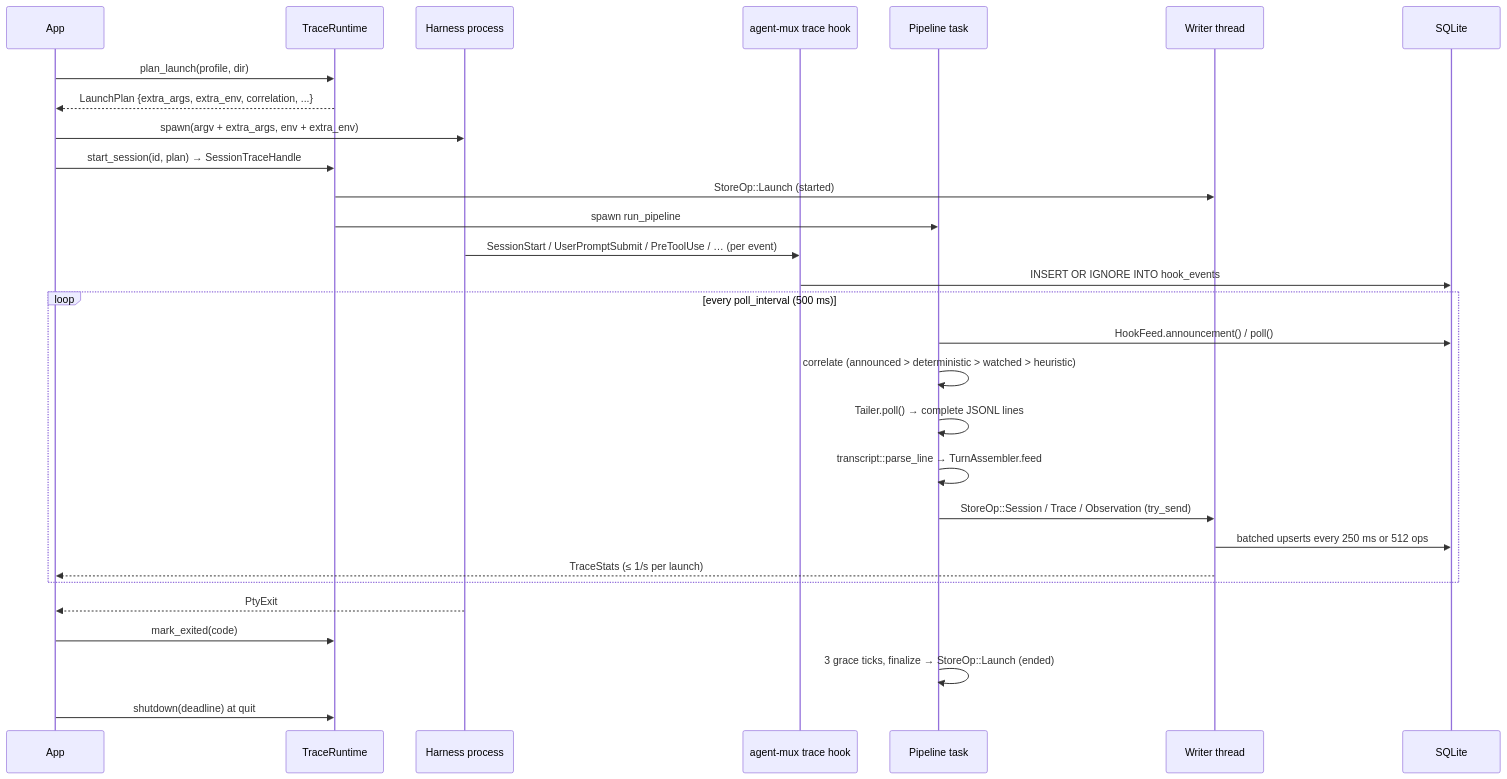
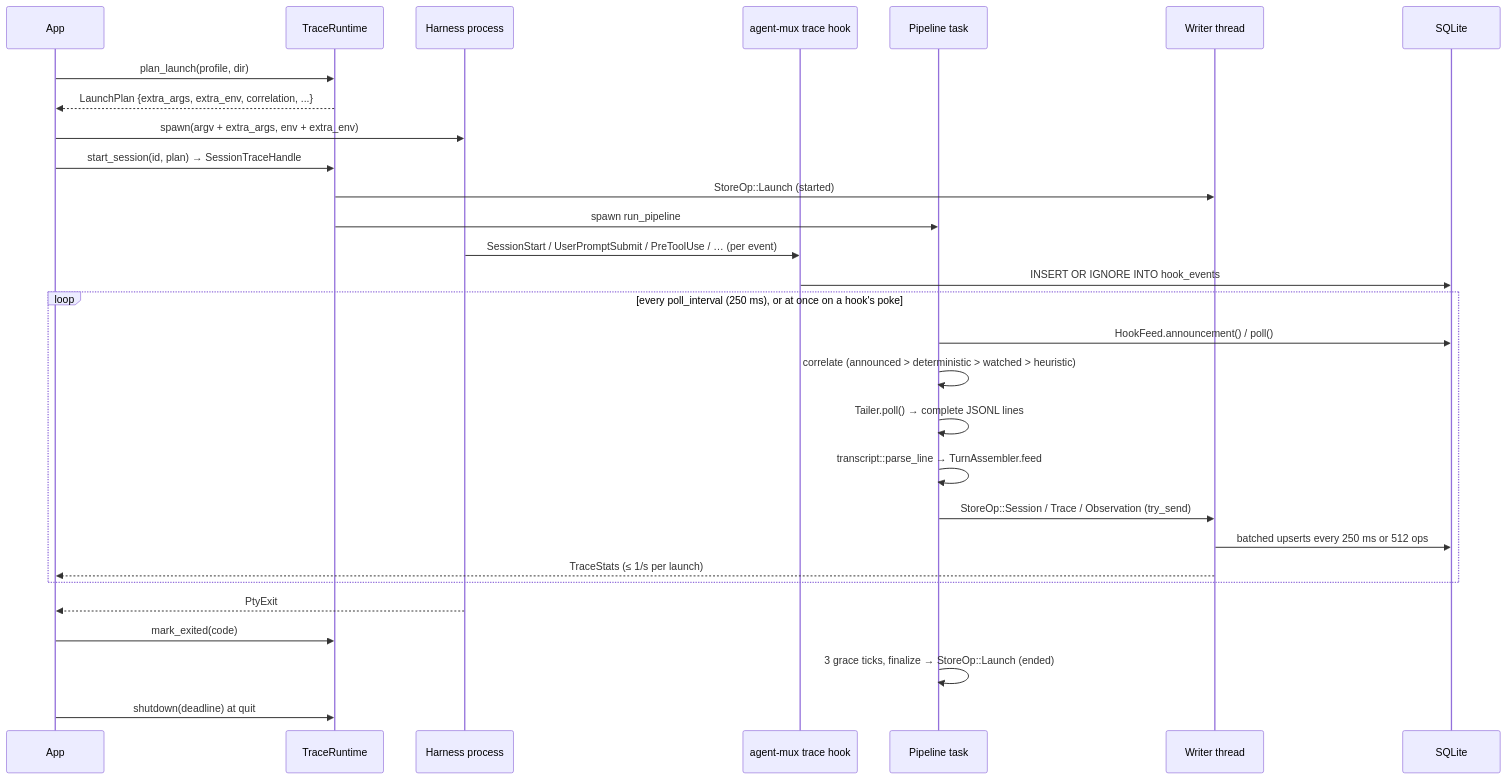
Before and after one commit to silviolucasfilho-personal/agent-mux: the second of 2 diagrams in README.md, drawn with Mermaid. The commit also changed other lines of this file and 12 other files, not shown here.

````diff
--- a/README.md
+++ b/README.md
@@ -628,32 +628,32 @@
 ```mermaid
 sequenceDiagram
     participant App
     participant RT as TraceRuntime
     participant PTY as Harness process
     participant Hook as agent-mux trace hook
     participant P as Pipeline task
     participant W as Writer thread
     participant DB as SQLite
 
     App->>RT: plan_launch(profile, dir)
     RT-->>App: LaunchPlan {extra_args, extra_env, correlation, ...}
     App->>PTY: spawn(argv + extra_args, env + extra_env)
     App->>RT: start_session(id, plan) → SessionTraceHandle
     RT->>W: StoreOp::Launch (started)
     RT->>P: spawn run_pipeline
     PTY->>Hook: SessionStart / UserPromptSubmit / PreToolUse / … (per event)
     Hook->>DB: INSERT OR IGNORE INTO hook_events
-    loop every poll_interval (500 ms)
+    loop every poll_interval (250 ms), or at once on a hook's poke
         P->>DB: HookFeed.announcement() / poll()
         P->>P: correlate (announced > deterministic > watched > heuristic)
         P->>P: Tailer.poll() → complete JSONL lines
         P->>P: transcript::parse_line → TurnAssembler.feed
         P->>W: StoreOp::Session / Trace / Observation (try_send)
         W->>DB: batched upserts every 250 ms or 512 ops
         W-->>App: TraceStats (≤ 1/s per launch)
     end
     PTY-->>App: PtyExit
     App->>RT: mark_exited(code)
     P->>P: 3 grace ticks, finalize → StoreOp::Launch (ended)
     App->>RT: shutdown(deadline) at quit
 ```
````
